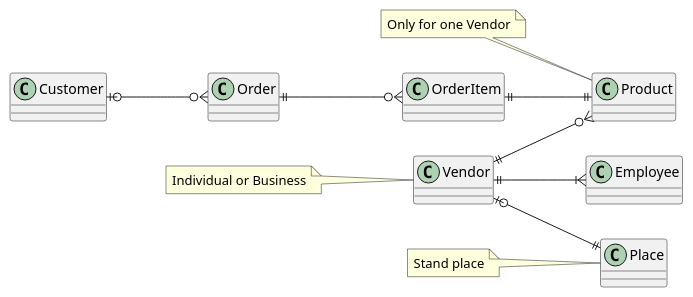
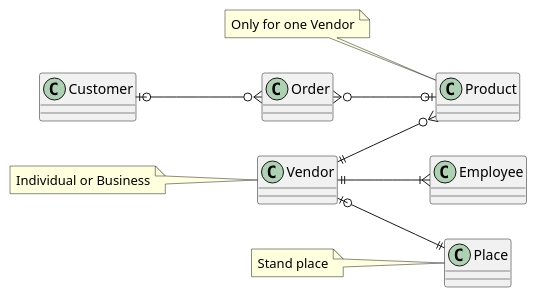
Before and after one commit to KoenigJulia/weihnachtsmarkt: the diagram in erd.puml, drawn with PlantUML.

Commit message:
update erd

```diff
--- a/erd.puml
+++ b/erd.puml
@@ -1,37 +1,33 @@
 @startuml
 left to right direction
 class Vendor {
 }
 note left: Individual or Business
 
 class Product {
 }
 note left: Only for one Vendor
 
 class Customer {
 }
 
 class Order {
 }
 
-class OrderItem{
-}
-
 class Employee {
 }
 
 
 class Place {
 }
 note left: Stand place
 
 Vendor ||--o{ Product
 Vendor |o--|| Place
 Vendor ||--|{ Employee
 
-Order ||--o{ OrderItem
-OrderItem ||--|| Product
+Order }o--o| Product
 Customer |o--o{ Order
 
 
 @enduml
```
